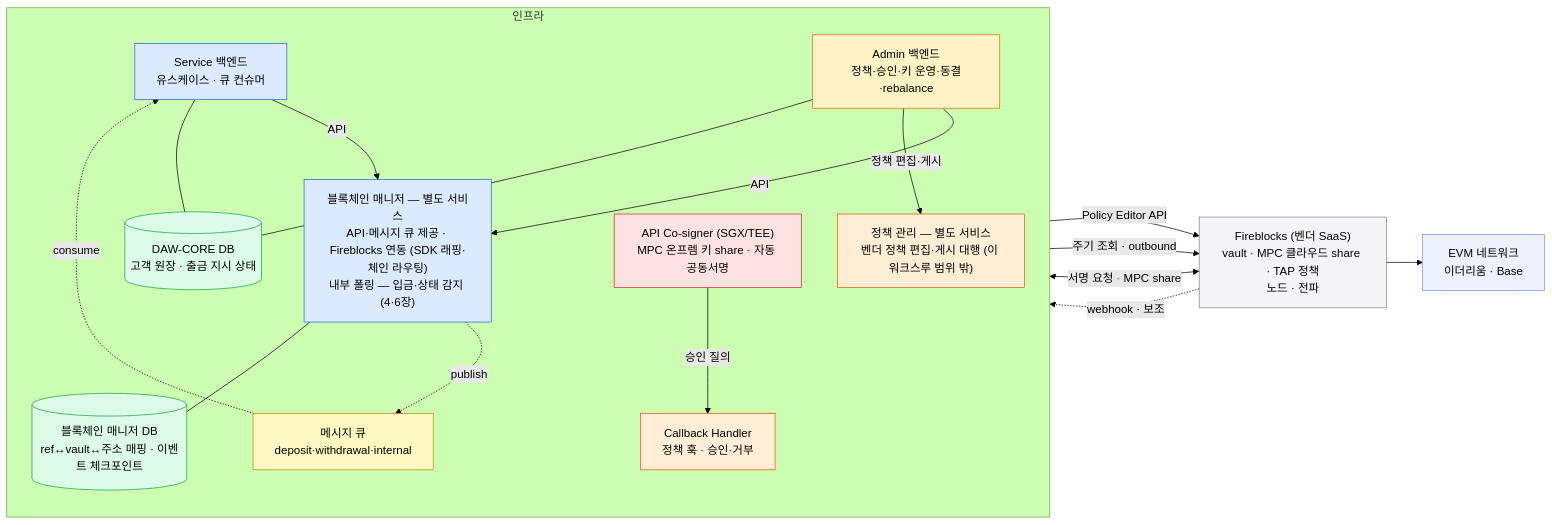
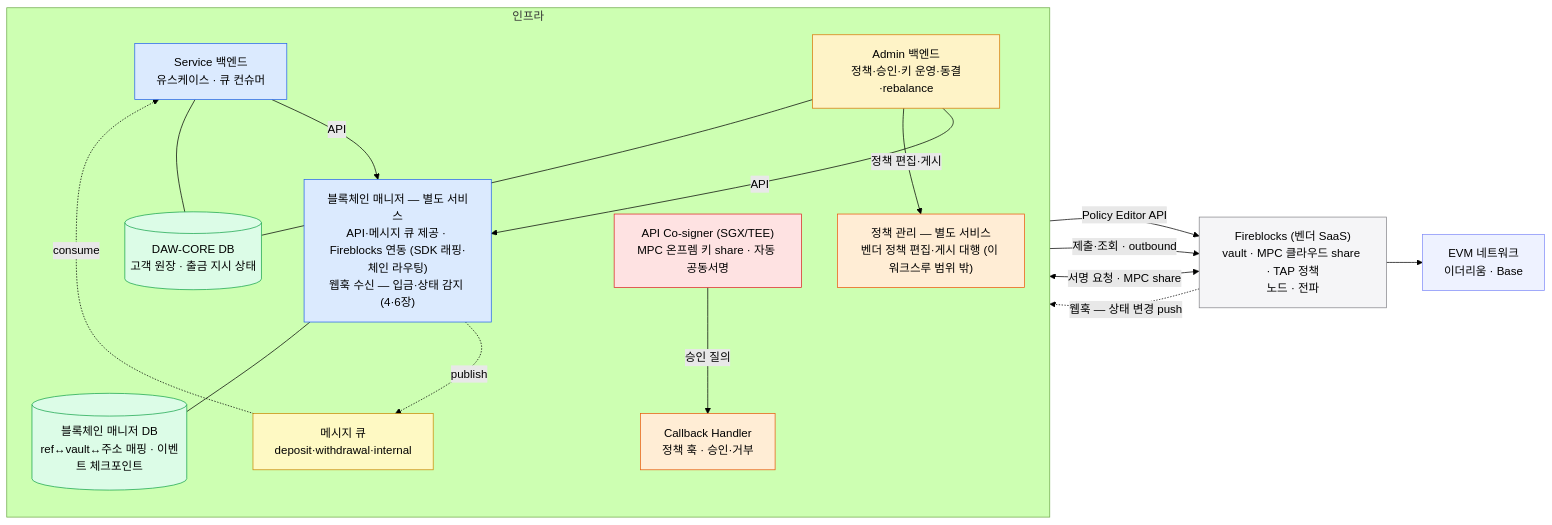
The second of 2 diagrams in blockchain-manager/docs/블록체인매니저/설계/00-cast.md (eunsujeo/eunpus), drawn with Mermaid (forest theme) before and after one commit. The commit also changed other lines of this file and 31 other files, not shown here.

````diff
--- a/blockchain-manager/docs/블록체인매니저/설계/00-cast.md
+++ b/blockchain-manager/docs/블록체인매니저/설계/00-cast.md
@@ -54,49 +54,49 @@
 ```mermaid
 flowchart LR
     subgraph OUR["인프라"]
       direction TB
       SVCBE["Service 백엔드<br/>유스케이스 · 큐 컨슈머"]
       ADMBE["Admin 백엔드<br/>정책·승인·키 운영·동결·rebalance"]
-      BM["블록체인 매니저 — 별도 서비스<br/>API·메시지 큐 제공 · Fireblocks 연동 (SDK 래핑·체인 라우팅)<br/>내부 폴링 — 입금·상태 감지 (4·6장)"]
+      BM["블록체인 매니저 — 별도 서비스<br/>API·메시지 큐 제공 · Fireblocks 연동 (SDK 래핑·체인 라우팅)<br/>웹훅 수신 — 입금·상태 감지 (4·6장)"]
       MQ["메시지 큐<br/>deposit·withdrawal·internal"]
       BDB[("DAW-CORE DB<br/>고객 원장 · 출금 지시 상태")]
       MDB[("블록체인 매니저 DB<br/>ref↔vault↔주소 매핑 · 이벤트 체크포인트")]
       COS["API Co-signer (SGX/TEE)<br/>MPC 온프렘 키 share · 자동 공동서명"]
       CB["Callback Handler<br/>정책 훅 · 승인·거부"]
       PADM["정책 관리 — 별도 서비스<br/>벤더 정책 편집·게시 대행 (이 워크스루 범위 밖)"]
     end
     FBV["Fireblocks (벤더 SaaS)<br/>vault · MPC 클라우드 share · TAP 정책<br/>노드 · 전파"]
     EVM["EVM 네트워크<br/>이더리움 · Base"]
 
     SVCBE -->|API| BM
     ADMBE -->|API| BM
     BM -.->|publish| MQ
     MQ -.->|consume| SVCBE
     ADMBE -->|정책 편집·게시| PADM
     PADM -->|Policy Editor API| FBV
     SVCBE --- BDB
     ADMBE --- BDB
     BM --- MDB
     FBV <-->|서명 요청 · MPC share| COS
     COS -->|승인 질의| CB
-    BM -->|주기 조회 · outbound| FBV
-    FBV -.->|webhook · 보조| BM
+    BM -->|제출·조회 · outbound| FBV
+    FBV -.->|웹훅 — 상태 변경 push| BM
     FBV --> EVM
 
     classDef svc fill:#dbeafe,stroke:#2563eb;
     classDef adm fill:#fef3c7,stroke:#d97706;
     classDef sec fill:#fee2e2,stroke:#dc2626;
     classDef data fill:#dcfce7,stroke:#16a34a;
     classDef vendor fill:#f5f5f7,stroke:#86868b;
     classDef ext fill:#eef2ff,stroke:#818cf8;
     classDef policy fill:#ffedd5,stroke:#ea580c;
     classDef mq fill:#fef9c3,stroke:#ca8a04;
     class SVCBE,BM svc
     class ADMBE adm
     class COS sec
     class CB,PADM policy
     class BDB,MDB data
     class FBV vendor
     class EVM ext
     class MQ mq
 ```
````
